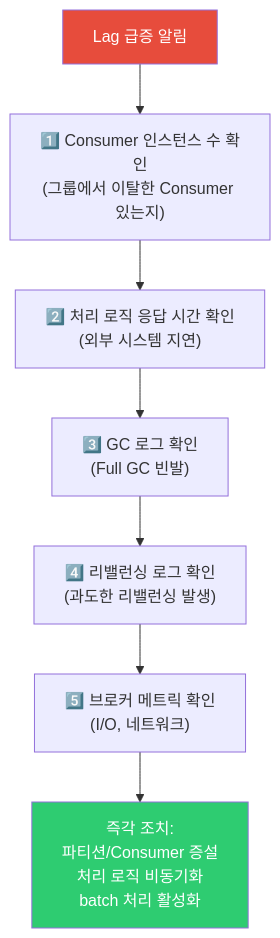
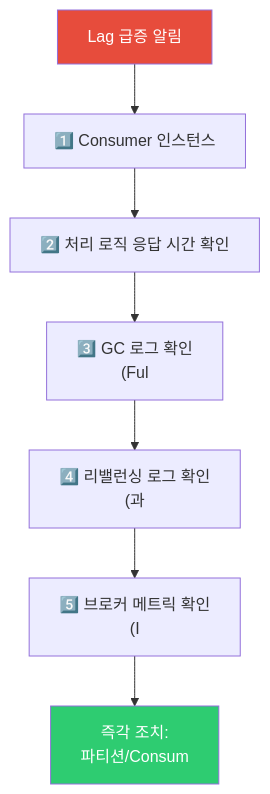
One commit to yjkim2015/yjkim2015.github.io changed the seventh of 7 diagrams in _posts/kafka/2026-05-01-kafka-consumer-deep.md. Above: the diagram before and after it, drawn with Mermaid. The commit also changed other lines of this file and 271 other files, not shown here.

First line of the commit message:
Mermaid 라벨 축소: 긴 노드 텍스트 18자 이하로 트림 + \n 제거

````diff
--- a/_posts/kafka/2026-05-01-kafka-consumer-deep.md
+++ b/_posts/kafka/2026-05-01-kafka-consumer-deep.md
@@ -418,13 +418,13 @@
 ```mermaid
 flowchart TD
     ALERT["Lag 급증 알림"]
-    S1["1️⃣ Consumer 인스턴스 수 확인\n(그룹에서 이탈한 Consumer 있는지)"]
-    S2["2️⃣ 처리 로직 응답 시간 확인\n(외부 시스템 지연)"]
-    S3["3️⃣ GC 로그 확인\n(Full GC 빈발)"]
-    S4["4️⃣ 리밸런싱 로그 확인\n(과도한 리밸런싱 발생)"]
-    S5["5️⃣ 브로커 메트릭 확인\n(I/O, 네트워크)"]
-    FIX["즉각 조치:\n파티션/Consumer 증설\n처리 로직 비동기화\nbatch 처리 활성화"]
+    S1["1️⃣ Consumer 인스턴스"]
+    S2["2️⃣ 처리 로직 응답 시간 확인"]
+    S3["3️⃣ GC 로그 확인\n(Ful"]
+    S4["4️⃣ 리밸런싱 로그 확인\n(과"]
+    S5["5️⃣ 브로커 메트릭 확인\n(I"]
+    FIX["즉각 조치:\n파티션/Consum"]
     ALERT --> S1 --> S2 --> S3 --> S4 --> S5 --> FIX
     style ALERT fill:#e74c3c,color:#fff
     style FIX fill:#2ecc71,color:#fff
 ```
````
